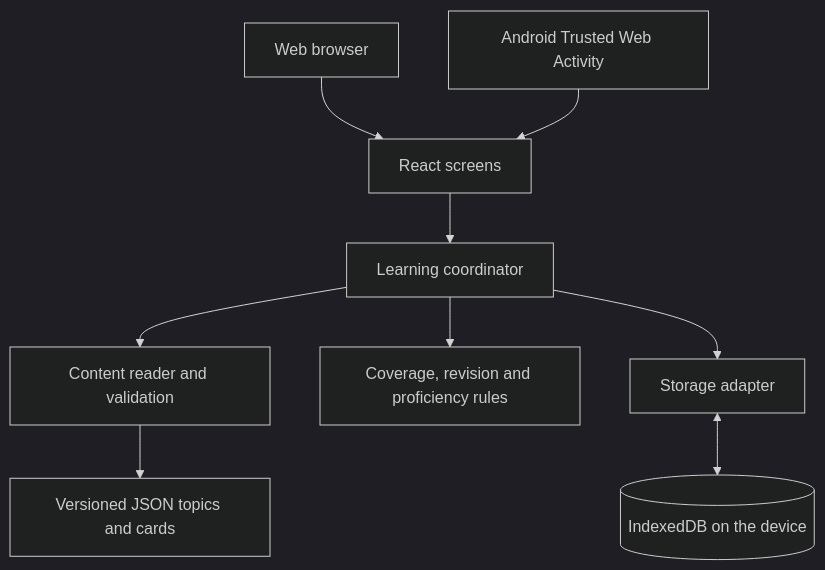
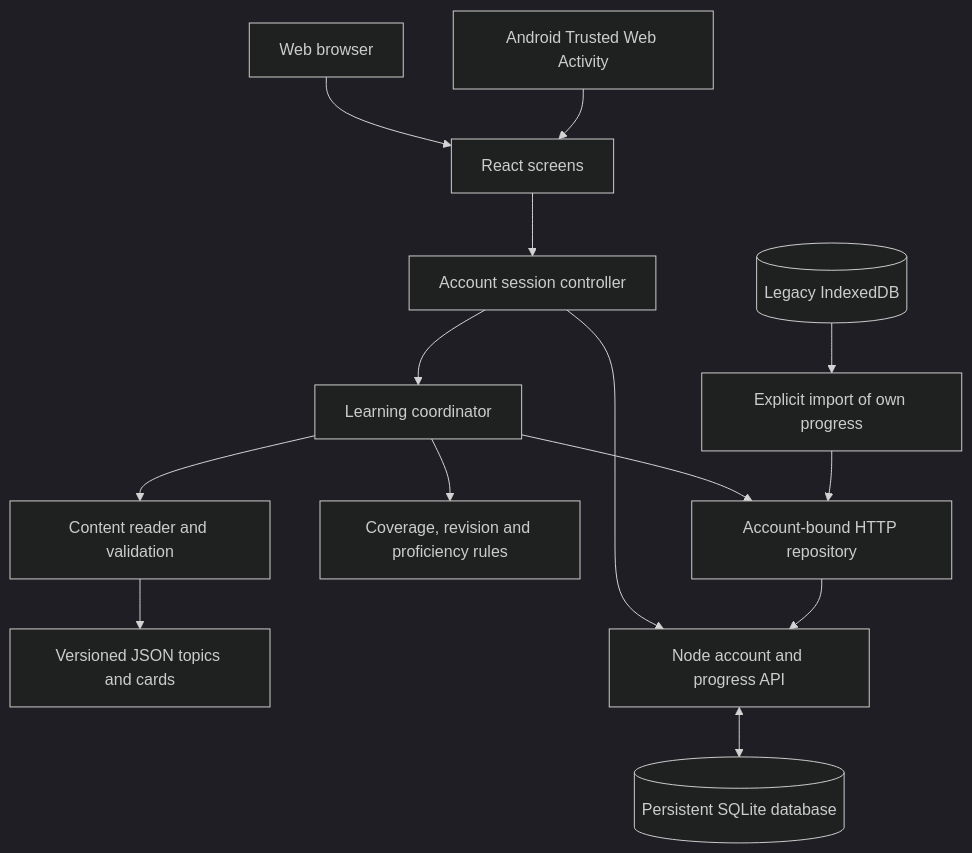
The first of 2 diagrams in docs/project-artifacts/hld.md (RamMarthi9/SQLFlashCards), drawn with Mermaid (dark theme) before and after one commit. The commit also changed other lines of this file and 31 other files, not shown here.

Commit message:
Save learning progress in individual name and PIN accounts

````diff
--- a/docs/project-artifacts/hld.md
+++ b/docs/project-artifacts/hld.md
@@ -21,11 +21,16 @@
 ```mermaid
 flowchart TD
     Web[Web browser] --> UI[React screens]
     Android[Android Trusted Web Activity] --> UI
-    UI --> App[Learning coordinator]
+    UI --> Auth[Account session controller]
+    Auth --> App[Learning coordinator]
     App --> Content[Content reader and validation]
     Content --> JSON[Versioned JSON topics and cards]
     App --> Rules[Coverage, revision and proficiency rules]
-    App --> Storage[Storage adapter]
-    Storage <--> DB[(IndexedDB on the device)]
+    App --> HTTP[Account-bound HTTP repository]
+    Auth --> API[Node account and progress API]
+    HTTP --> API
+    API <--> DB[(Persistent SQLite database)]
+    Legacy[(Legacy IndexedDB)] --> Import[Explicit import of own progress]
+    Import --> HTTP
 ```
````
